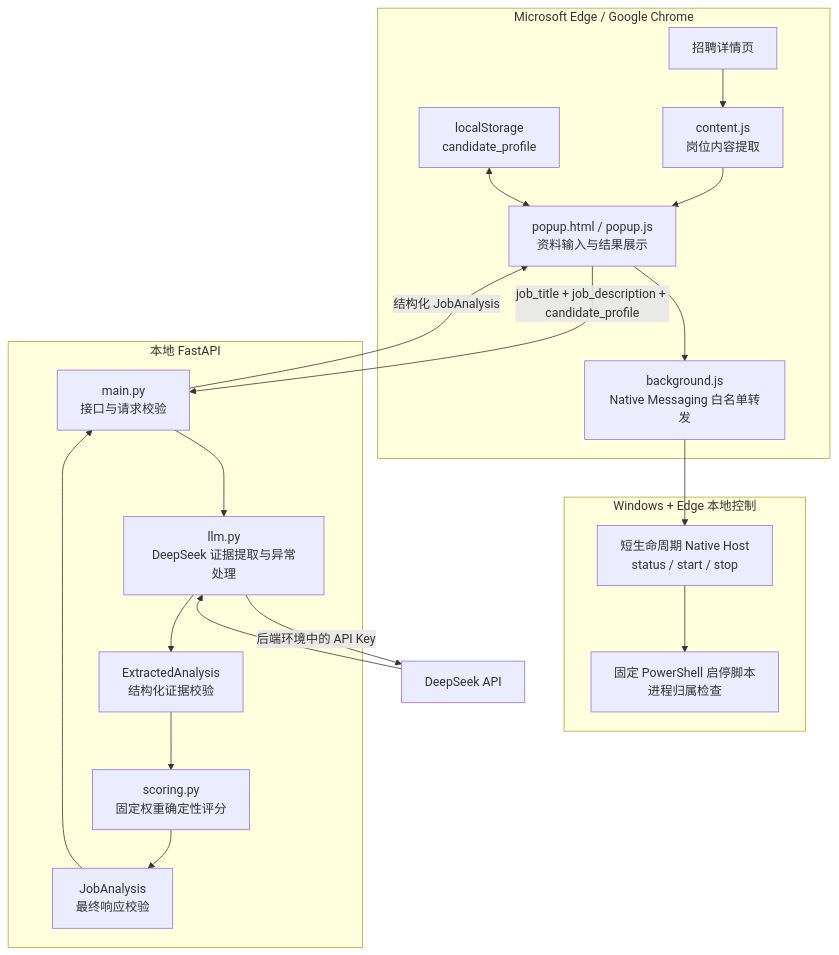
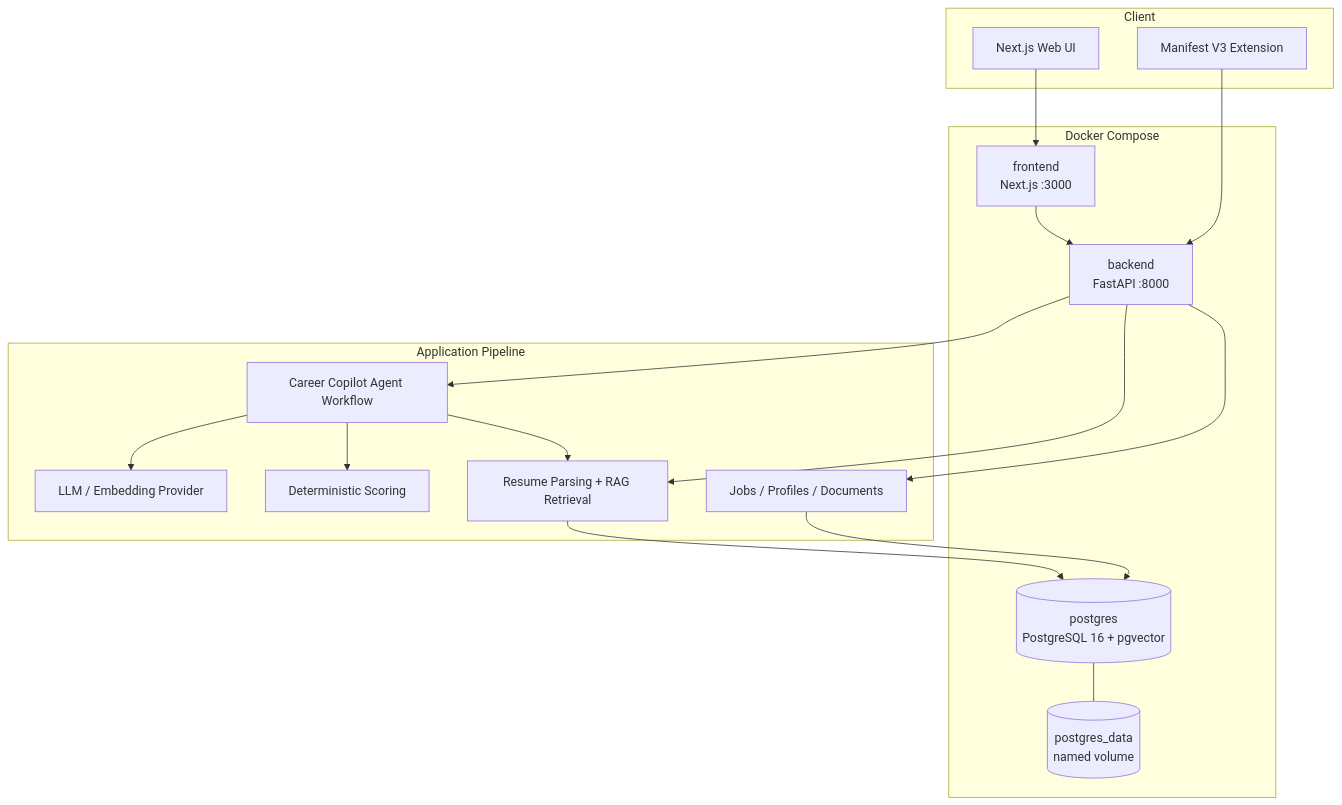
The first of 4 diagrams in docs/architecture.md (AKl2781/ai-job-copilot), drawn with Mermaid before and after one commit. The commit also changed other lines of this file and 12 other files, not shown here.

````diff
--- a/docs/architecture.md
+++ b/docs/architecture.md
@@ -7,34 +5,34 @@
 ```mermaid
 flowchart TB
-    subgraph Browser["Microsoft Edge / Google Chrome"]
-        Page["招聘详情页"]
-        Extractor["content.js\n岗位内容提取"]
-        Popup["popup.html / popup.js\n资料输入与结果展示"]
-        Worker["background.js\nNative Messaging 白名单转发"]
-        Storage["localStorage\ncandidate_profile"]
-        Page --> Extractor --> Popup
-        Storage <--> Popup
-        Popup --> Worker
+    subgraph Client["Client"]
+        Web["Next.js Web UI"]
+        Extension["Manifest V3 Extension"]
     end
 
-    subgraph Native["Windows + Edge 本地控制"]
-        Host["短生命周期 Native Host\nstatus / start / stop"]
-        Scripts["固定 PowerShell 启停脚本\n进程归属检查"]
-        Worker --> Host --> Scripts
+    subgraph Compose["Docker Compose"]
+        Frontend["frontend<br/>Next.js :3000"]
+        Backend["backend<br/>FastAPI :8000"]
+        Postgres[("postgres<br/>PostgreSQL 16 + pgvector")]
+        Volume[("postgres_data<br/>named volume")]
     end
 
-    subgraph Local["本地 FastAPI"]
-        API["main.py\n接口与请求校验"]
-        Service["llm.py\nDeepSeek 证据提取与异常处理"]
-        Validator["ExtractedAnalysis\n结构化证据校验"]
-        Scorer["scoring.py\n固定权重确定性评分"]
-        Response["JobAnalysis\n最终响应校验"]
-        API --> Service --> Validator --> Scorer --> Response --> API
+    subgraph Intelligence["Application Pipeline"]
+        CRUD["Jobs / Profiles / Documents"]
+        RAG["Resume Parsing + RAG Retrieval"]
+        Agent["Career Copilot Agent Workflow"]
+        Scoring["Deterministic Scoring"]
+        Provider["LLM / Embedding Provider"]
     end
 
-    DeepSeek["DeepSeek API"]
-    Popup -->|"job_title + job_description + candidate_profile"| API
-    Service -->|"后端环境中的 API Key"| DeepSeek
-    DeepSeek --> Service
-    API -->|"结构化 JobAnalysis"| Popup
+    Web --> Frontend --> Backend
+    Extension --> Backend
+    Backend --> CRUD
+    Backend --> RAG
+    Backend --> Agent
+    CRUD --> Postgres
+    RAG --> Postgres
+    Agent --> RAG
+    Agent --> Scoring
+    Agent --> Provider
+    Postgres --- Volume
 ```
````
